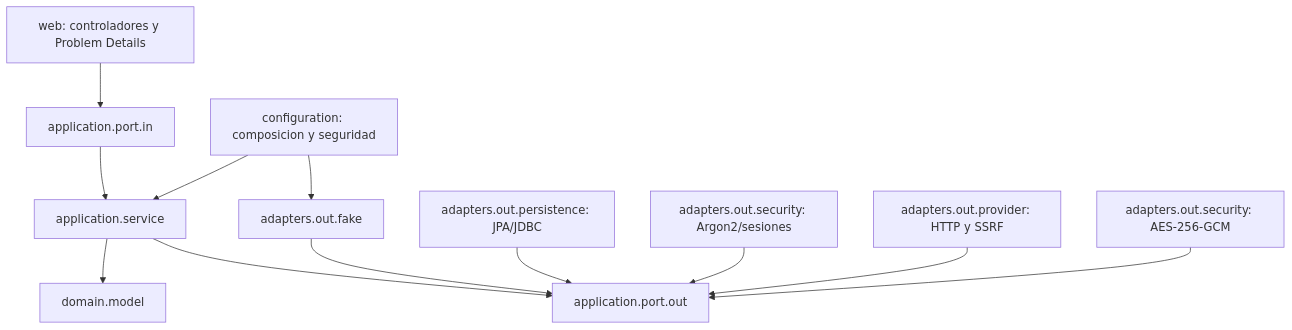
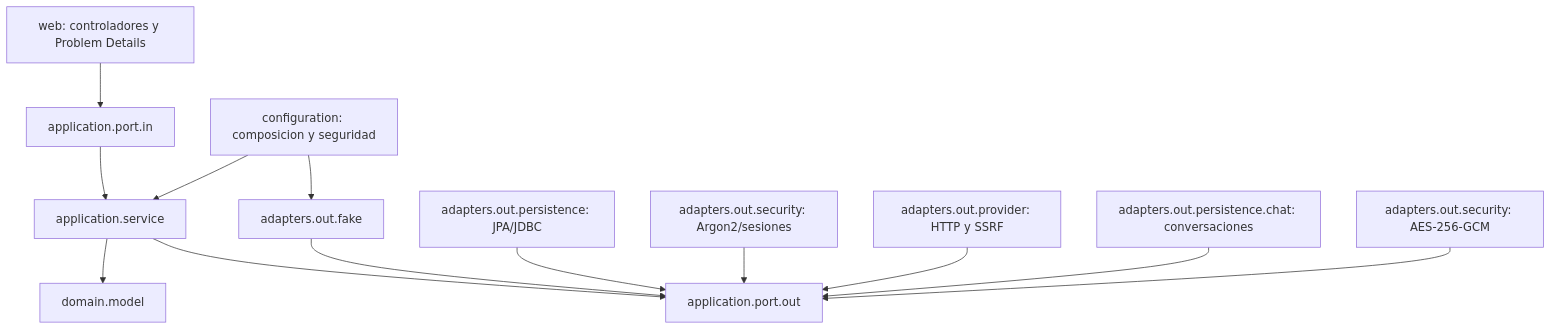
The first of 4 diagrams in docs/architecture.md (1franky/chat-mcp), drawn with Mermaid before and after one commit. The commit also changed other lines of this file and 72 other files, not shown here.

````diff
--- a/docs/architecture.md
+++ b/docs/architecture.md
@@ -7,14 +7,15 @@
 ```mermaid
 flowchart TB
     WEB["web: controladores y Problem Details"] --> IN["application.port.in"]
     IN --> APP["application.service"]
     APP --> DOMAIN["domain.model"]
     APP --> OUT["application.port.out"]
     CFG["configuration: composicion y seguridad"] --> APP
     CFG --> FAKE["adapters.out.fake"]
     FAKE --> OUT
     JPA["adapters.out.persistence: JPA/JDBC"] --> OUT
     SEC["adapters.out.security: Argon2/sesiones"] --> OUT
     PROVIDERS["adapters.out.provider: HTTP y SSRF"] --> OUT
+    CHAT["adapters.out.persistence.chat: conversaciones"] --> OUT
     CIPHER["adapters.out.security: AES-256-GCM"] --> OUT
 ```
````
